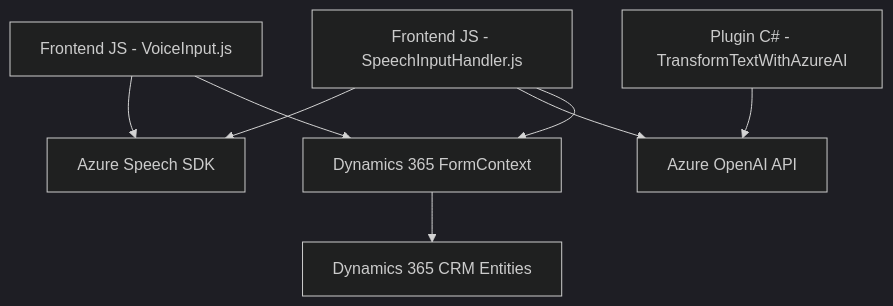
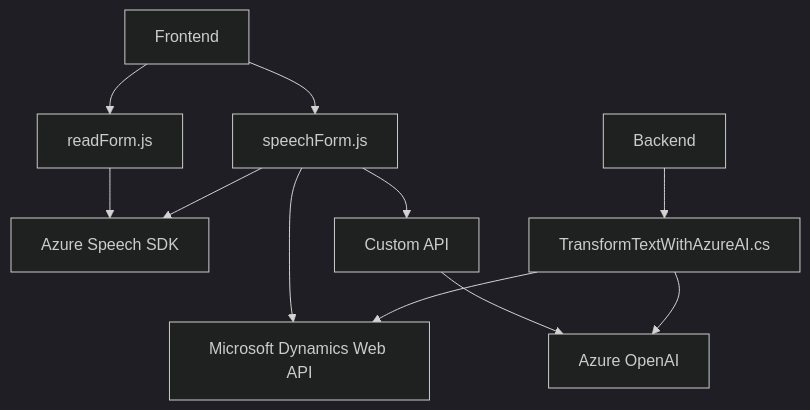
One commit to blopezdm/NETCORE_BILBAO2025 changed the diagram in README.md. Above: the diagram before and after it, drawn with Mermaid (dark theme). The commit also changed other lines of this file, not shown here.

````diff
--- a/README.md
+++ b/README.md
@@ -31,18 +36,13 @@
 ```mermaid
 graph TD
-    A["Frontend JS - VoiceInput.js"]
-    B["Frontend JS - SpeechInputHandler.js"]
-    C["Plugin C# - TransformTextWithAzureAI"]
-    D["Azure Speech SDK"]
-    E["Azure OpenAI API"]
-    F["Dynamics 365 FormContext"]
-    G["Dynamics 365 CRM Entities"]
-
-    A --> D
-    B --> D
-    B --> E
-    C --> E
-    A --> F
-    B --> F
-    F --> G
+    A["Frontend"] --> B["readForm.js"]
+    A["Frontend"] --> C["speechForm.js"]
+    B["readForm.js"] --> D["Azure Speech SDK"]
+    C["speechForm.js"] --> D["Azure Speech SDK"]
+    C["speechForm.js"] --> E["Microsoft Dynamics Web API"]
+    C["speechForm.js"] --> F["Custom API"]
+    F["Custom API"] --> G["Azure OpenAI"]
+    H["Backend"] --> I["TransformTextWithAzureAI.cs"]
+    I["TransformTextWithAzureAI.cs"] --> G["Azure OpenAI"]
+    I["TransformTextWithAzureAI.cs"] --> E["Microsoft Dynamics Web API"]
 ```
````
